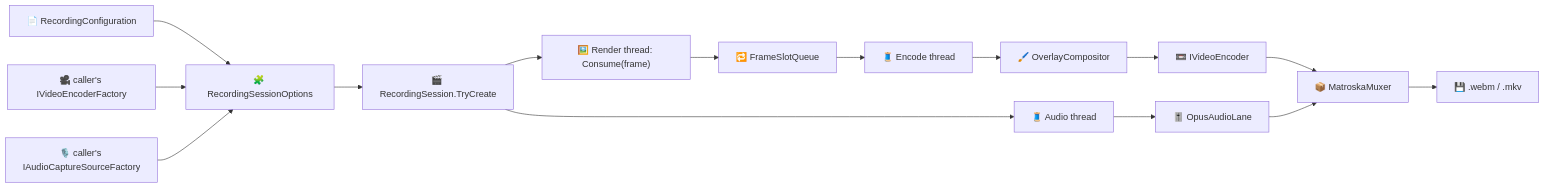
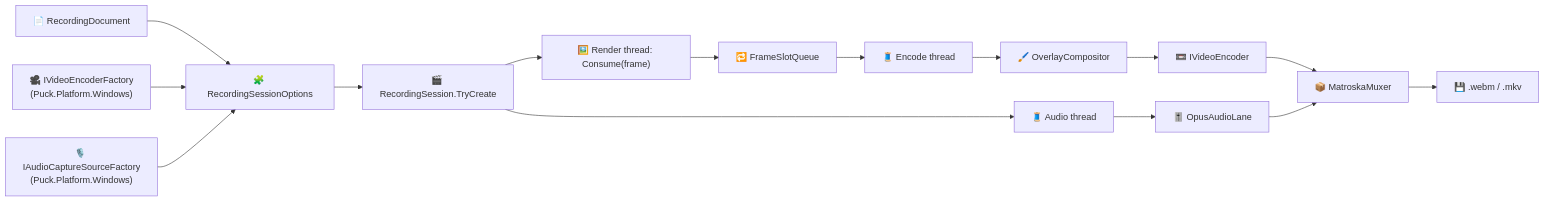
One commit to ByteTerrace/Puck changed the diagram in docs/reference/recording.md. Above: the diagram before and after it, drawn with Mermaid. The commit also changed other lines of this file and 46 other files, not shown here.

First line of the commit message:
world: restore native capture and recording documents

````diff
--- a/docs/reference/recording.md
+++ b/docs/reference/recording.md
@@ -46,17 +51,17 @@
 ```mermaid
 flowchart LR
-    Doc["📄 RecordingConfiguration"] --> Options["🧩 RecordingSessionOptions"]
-    VideoFactory["🎥 caller's IVideoEncoderFactory"] --> Options
-    AudioFactory["🎙️ caller's IAudioCaptureSourceFactory"] --> Options
+    Doc["📄 RecordingDocument"] --> Options["🧩 RecordingSessionOptions"]
+    VideoFactory["🎥 IVideoEncoderFactory<br/>(Puck.Platform.Windows)"] --> Options
+    AudioFactory["🎙️ IAudioCaptureSourceFactory<br/>(Puck.Platform.Windows)"] --> Options
     Options --> Session["🎬 RecordingSession.TryCreate"]
     Session --> Render["🖼️ Render thread: Consume(frame)"]
     Render --> Queue["🔁 FrameSlotQueue"]
     Queue --> Encode["🧵 Encode thread"]
     Encode --> Overlay["🖌️ OverlayCompositor"]
     Overlay --> Video["📼 IVideoEncoder"]
     Session --> Audio["🧵 Audio thread"]
     Audio --> Lane["🎚️ OpusAudioLane"]
     Video --> Mux["📦 MatroskaMuxer"]
     Lane --> Mux
     Mux --> File["💾 .webm / .mkv"]
 ```
````
